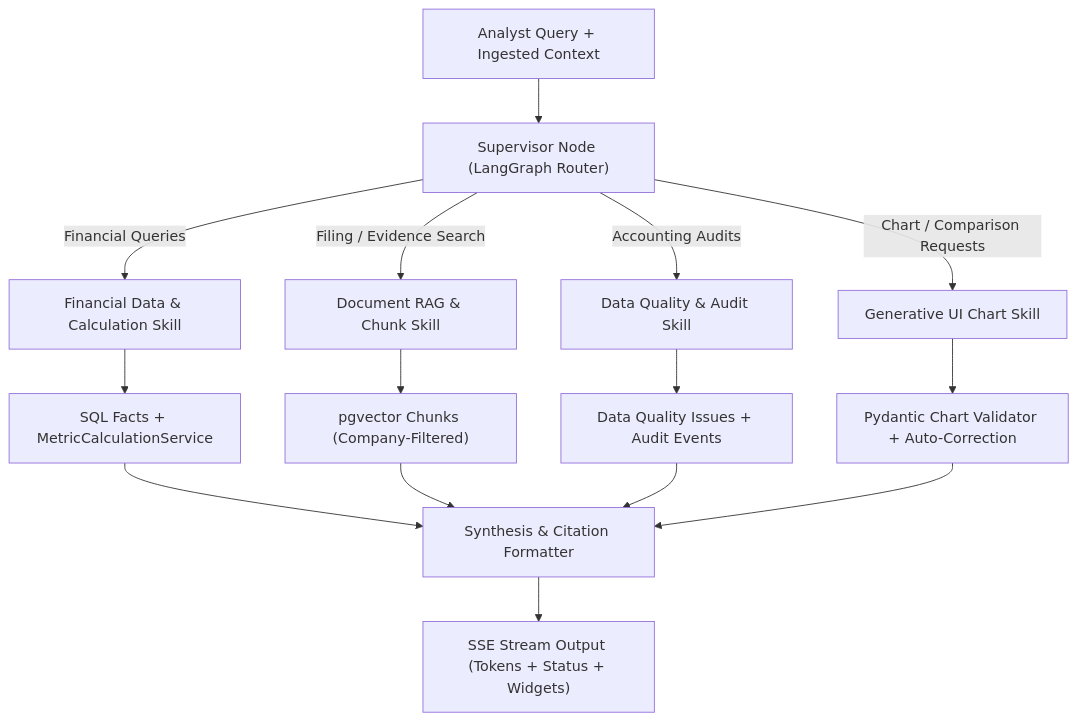
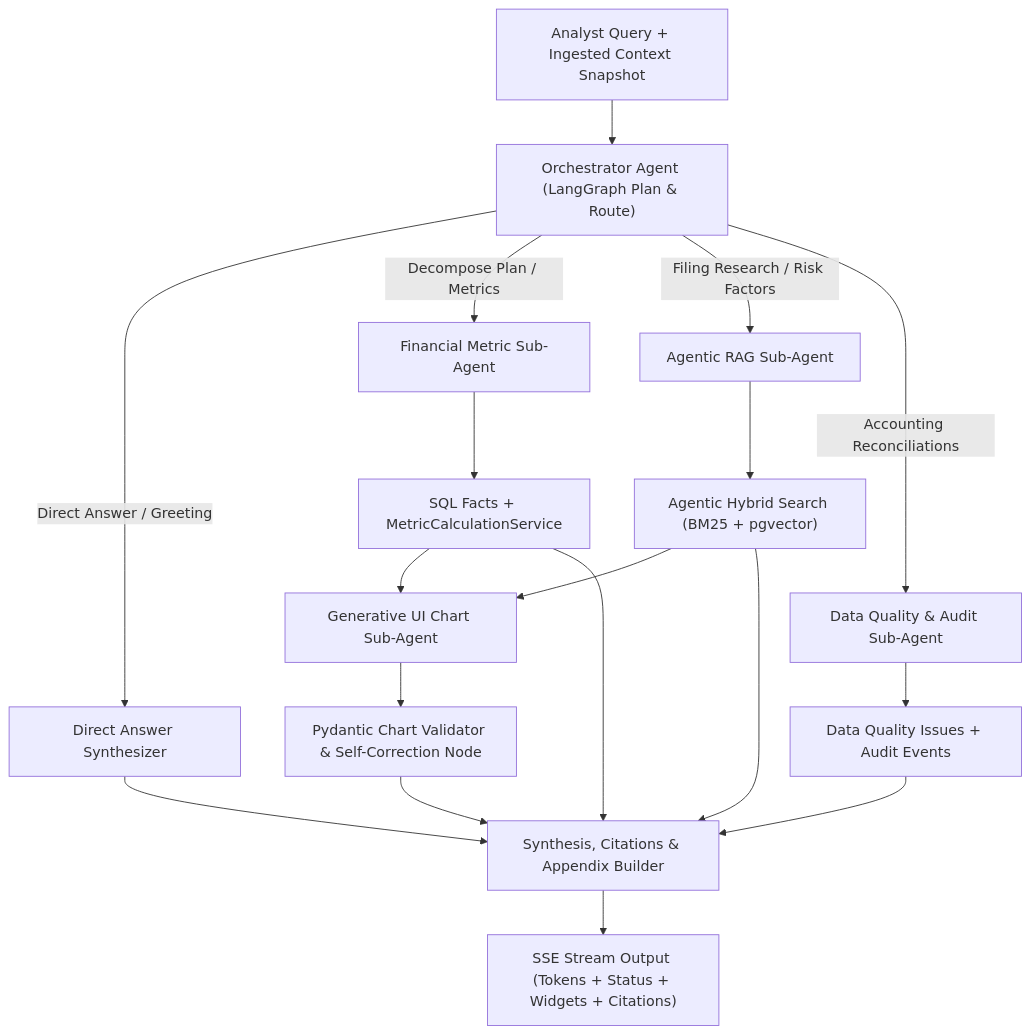
The diagram in PRDs/BACKEND_PRD.md (PatchFramework/E2E-AI-Engineering-Bootcamp), drawn with Mermaid before and after one commit. The commit also changed other lines of this file and 1 other file, not shown here.

Commit message:
Add: Refined Agent graph plan

````diff
--- a/PRDs/BACKEND_PRD.md
+++ b/PRDs/BACKEND_PRD.md
@@ -7,19 +7,26 @@
 ```mermaid
 flowchart TD
-    User["Analyst Query + Ingested Context"] --> Supervisor["Supervisor Node (LangGraph Router)"]
-    Supervisor -->|Financial Queries| FinAgent["Financial Data & Calculation Skill"]
-    Supervisor -->|Filing / Evidence Search| DocAgent["Document RAG & Chunk Skill"]
-    Supervisor -->|Accounting Audits| QualAgent["Data Quality & Audit Skill"]
-    Supervisor -->|Chart / Comparison Requests| GenUIAgent["Generative UI Chart Skill"]
-
+    User["Analyst Query + Ingested Context Snapshot"] --> Orchestrator["Orchestrator Agent (LangGraph Plan & Route)"]
+    
+    Orchestrator -->|Direct Answer / Greeting| DirectResponse["Direct Answer Synthesizer"]
+    Orchestrator -->|Decompose Plan / Metrics| FinAgent["Financial Metric Sub-Agent"]
+    Orchestrator -->|Filing Research / Risk Factors| DocAgent["Agentic RAG Sub-Agent"]
+    Orchestrator -->|Accounting Reconciliations| QualAgent["Data Quality & Audit Sub-Agent"]
+    
     FinAgent --> FinTools["SQL Facts + MetricCalculationService"]
-    DocAgent --> RagTools["pgvector Chunks (Company-Filtered)"]
+    DocAgent --> RagTools["Agentic Hybrid Search (BM25 + pgvector)"]
     QualAgent --> QualTools["Data Quality Issues + Audit Events"]
-    GenUIAgent --> WidgetTools["Pydantic Chart Validator + Auto-Correction"]
-
-    FinTools --> Aggregator["Synthesis & Citation Formatter"]
-    RagTools --> Aggregator
-    QualTools --> Aggregator
-    WidgetTools --> Aggregator
-    Aggregator --> SSE["SSE Stream Output (Tokens + Status + Widgets)"]
+    
+    FinTools --> GenUIAgent["Generative UI Chart Sub-Agent"]
+    RagTools --> GenUIAgent
+    
+    GenUIAgent --> WidgetValidator["Pydantic Chart Validator & Self-Correction Node"]
+    
+    FinTools --> Synthesis["Synthesis, Citations & Appendix Builder"]
+    RagTools --> Synthesis
+    QualTools --> Synthesis
+    WidgetValidator --> Synthesis
+    DirectResponse --> Synthesis
+    
+    Synthesis --> SSE["SSE Stream Output (Tokens + Status + Widgets + Citations)"]
 ```
````
